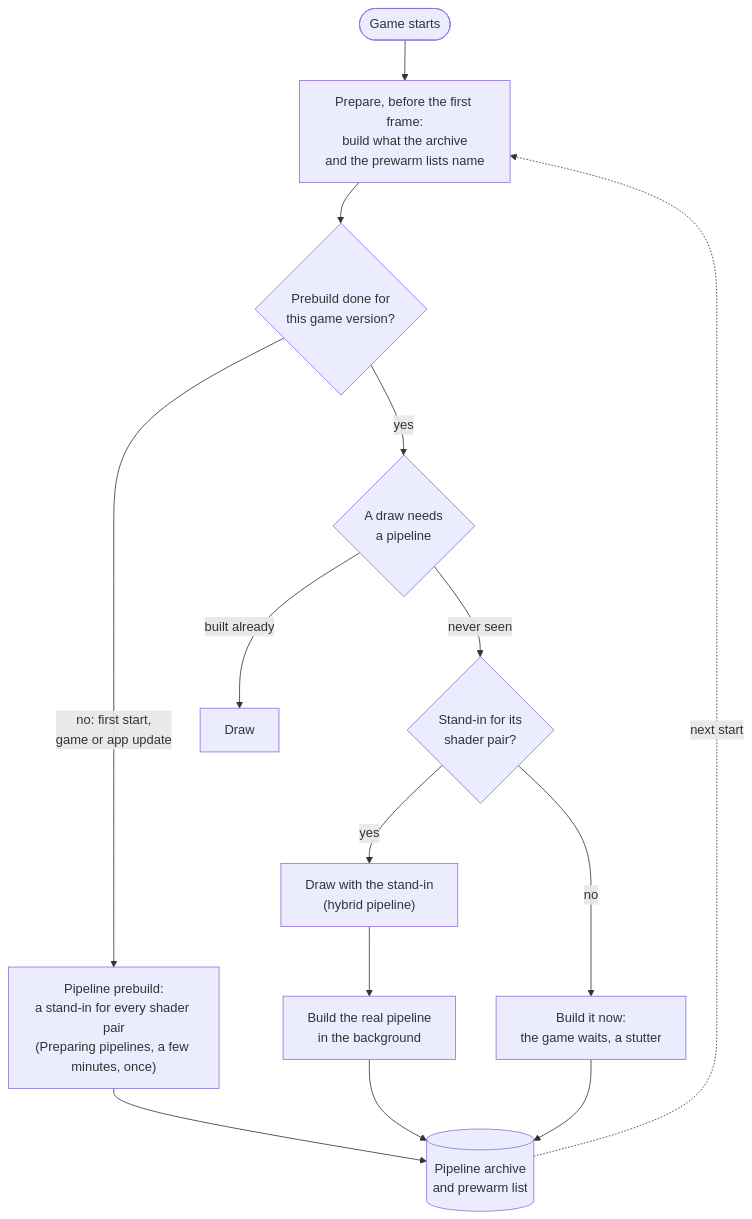
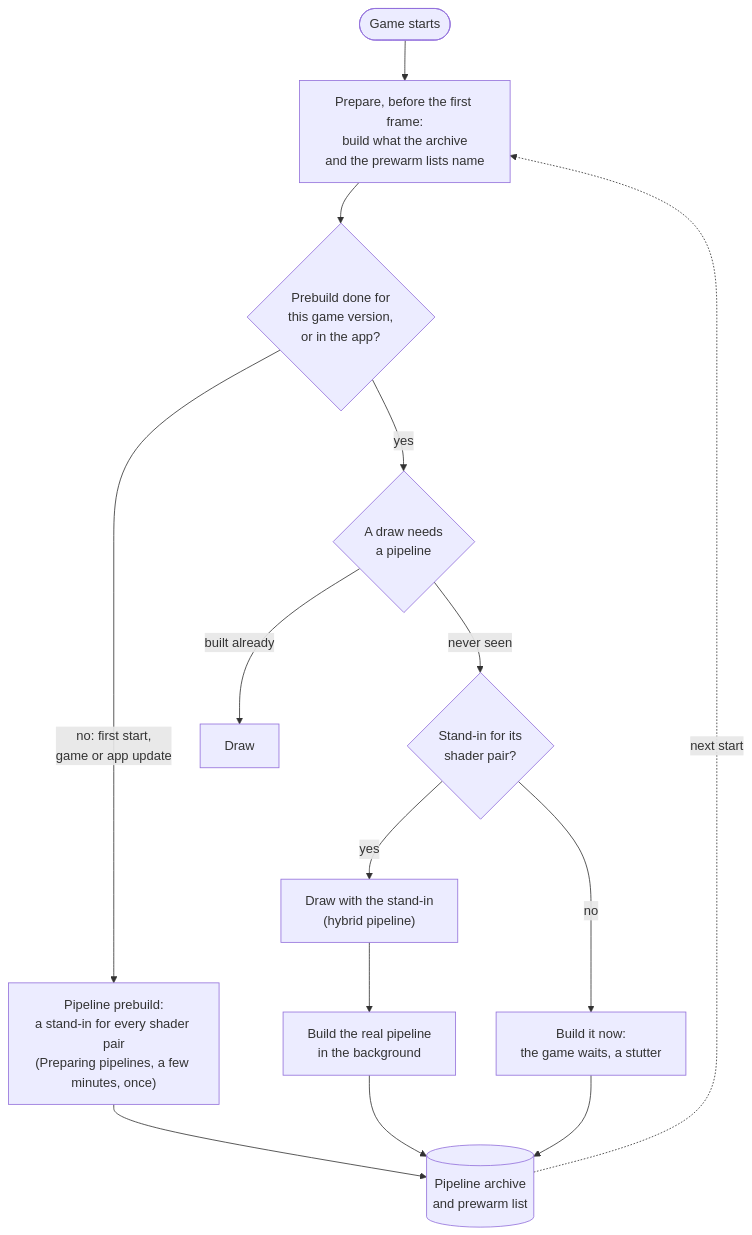
The fifth of 6 diagrams in docs/settings.md (kencalx/NX18), drawn with Mermaid before and after one commit. The commit also changed other lines of this file and 33 other files, not shown here.

````diff
--- a/docs/settings.md
+++ b/docs/settings.md
@@ -168,17 +168,17 @@
 ```mermaid
 flowchart TD
     start([Game starts]) --> prepare["Prepare, before the first frame:<br/>build what the archive<br/>and the prewarm lists name"]
-    prepare --> pre{"Prebuild done for<br/>this game version?"}
+    prepare --> pre{"Prebuild done for<br/>this game version,<br/>or in the app?"}
     pre -->|no: first start,<br/>game or app update| prebuild["Pipeline prebuild:<br/>a stand-in for every shader pair<br/>(Preparing pipelines, a few minutes, once)"]
     prebuild --> archive
     pre -->|yes| draw
     draw{"A draw needs<br/>a pipeline"}
     draw -->|built already| ok[Draw]
     draw -->|never seen| stand{"Stand-in for its<br/>shader pair?"}
     stand -->|yes| hybrid["Draw with the stand-in<br/>(hybrid pipeline)"]
     hybrid --> bg[Build the real pipeline<br/>in the background]
     stand -->|no| wait["Build it now:<br/>the game waits, a stutter"]
     bg --> archive[(Pipeline archive<br/>and prewarm list)]
     wait --> archive
     archive -.->|next start| prepare
 ```
````
